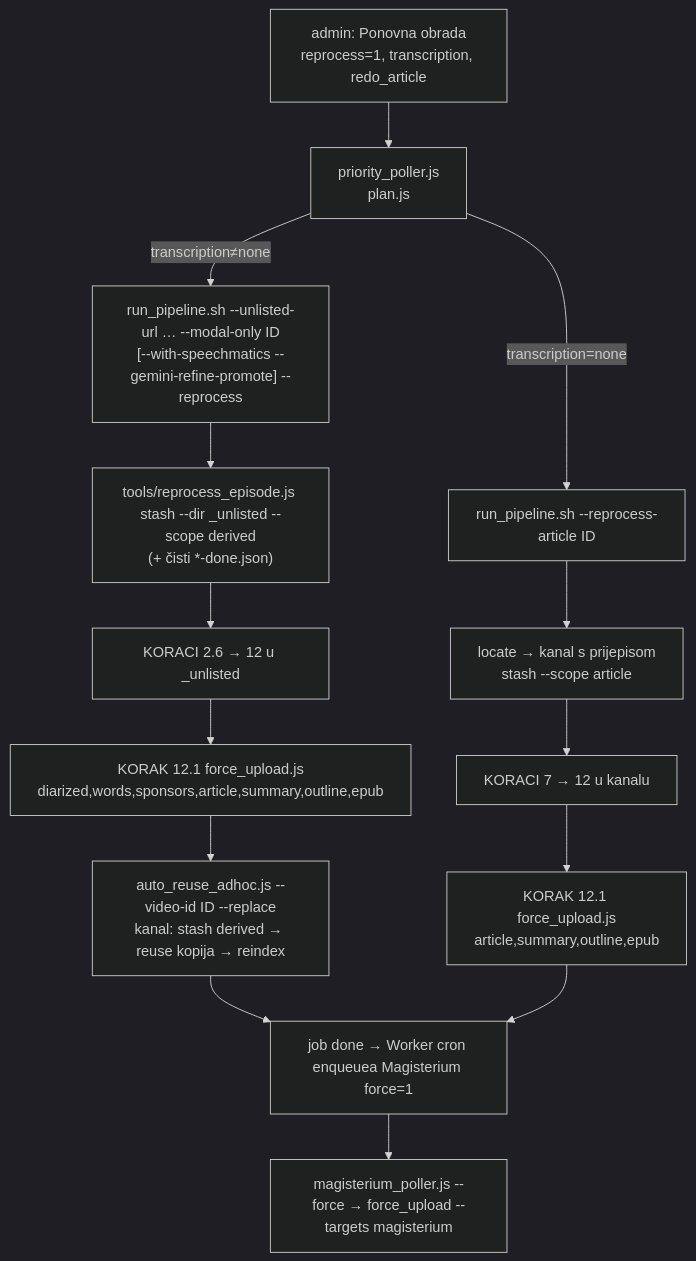
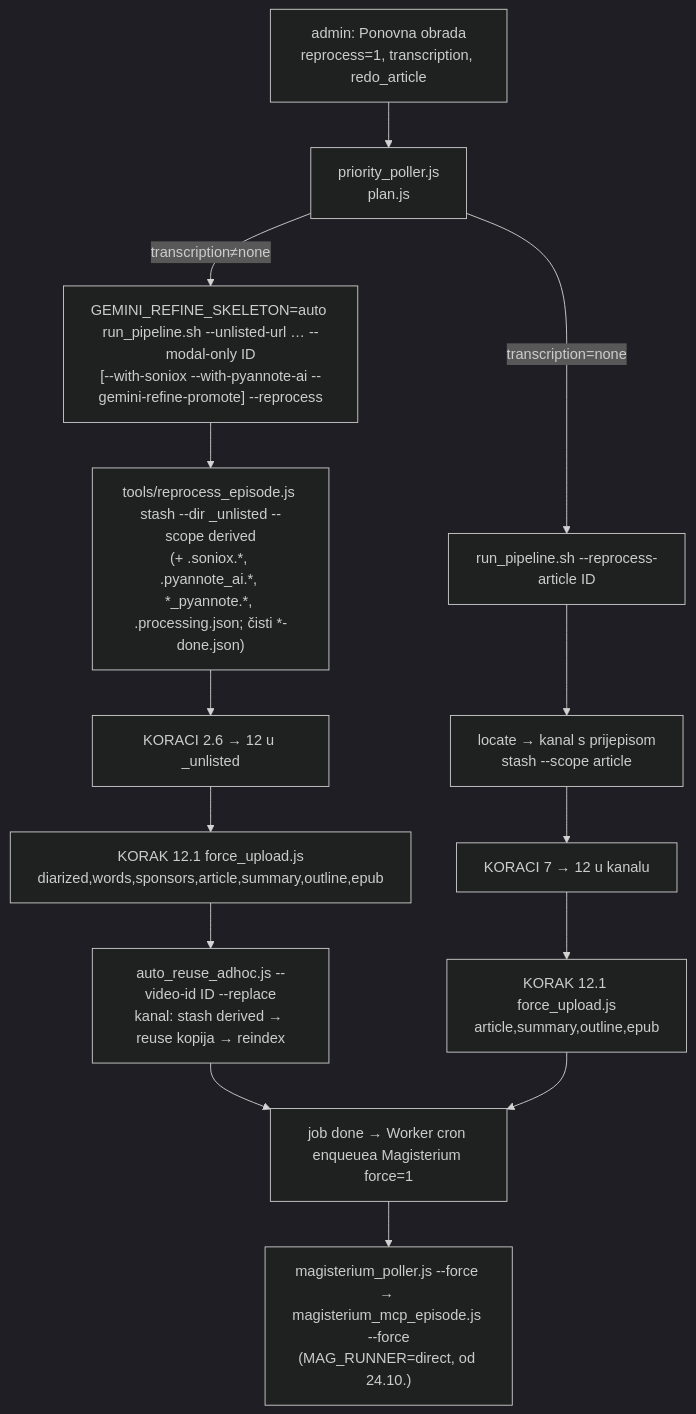
Before and after one commit to domovinatv/fetch.domovina.tv: the diagram in docs/2026-10-09-ponovna-obrada-epizode.md, drawn with Mermaid (dark theme). The commit also changed other lines of this file and 6 other files, not shown here.

First line of the commit message:
docs(pipeline): mermaid dijagrami usklađeni sa stanjem od 24.10.

````diff
--- a/docs/2026-10-09-ponovna-obrada-epizode.md
+++ b/docs/2026-10-09-ponovna-obrada-epizode.md
@@ -16,16 +16,16 @@
 ```mermaid
 flowchart TD
   A[admin: Ponovna obrada<br/>reprocess=1, transcription, redo_article] --> B[priority_poller.js<br/>plan.js]
-  B -->|transcription≠none| C["run_pipeline.sh --unlisted-url … --modal-only ID<br/>[--with-speechmatics --gemini-refine-promote] --reprocess"]
+  B -->|transcription≠none| C["GEMINI_REFINE_SKELETON=auto run_pipeline.sh --unlisted-url … --modal-only ID<br/>[--with-soniox --with-pyannote-ai --gemini-refine-promote] --reprocess"]
   B -->|transcription=none| D["run_pipeline.sh --reprocess-article ID"]
-  C --> C1["tools/reprocess_episode.js stash --dir _unlisted --scope derived<br/>(+ čisti *-done.json)"]
+  C --> C1["tools/reprocess_episode.js stash --dir _unlisted --scope derived<br/>(+ .soniox.*, .pyannote_ai.*, *_pyannote.*, .processing.json; čisti *-done.json)"]
   C1 --> C2[KORACI 2.6 → 12 u _unlisted]
   C2 --> C3["KORAK 12.1 force_upload.js<br/>diarized,words,sponsors,article,summary,outline,epub"]
   C3 --> E["auto_reuse_adhoc.js --video-id ID --replace<br/>kanal: stash derived → reuse kopija → reindex"]
   D --> D1["locate → kanal s prijepisom<br/>stash --scope article"]
   D1 --> D2[KORACI 7 → 12 u kanalu]
   D2 --> D3["KORAK 12.1 force_upload.js<br/>article,summary,outline,epub"]
   E --> F[job done → Worker cron enqueuea Magisterium force=1]
   D3 --> F
-  F --> G["magisterium_poller.js --force → force_upload --targets magisterium"]
+  F --> G["magisterium_poller.js --force → magisterium_mcp_episode.js --force<br/>(MAG_RUNNER=direct, od 24.10.)"]
 ```
````
